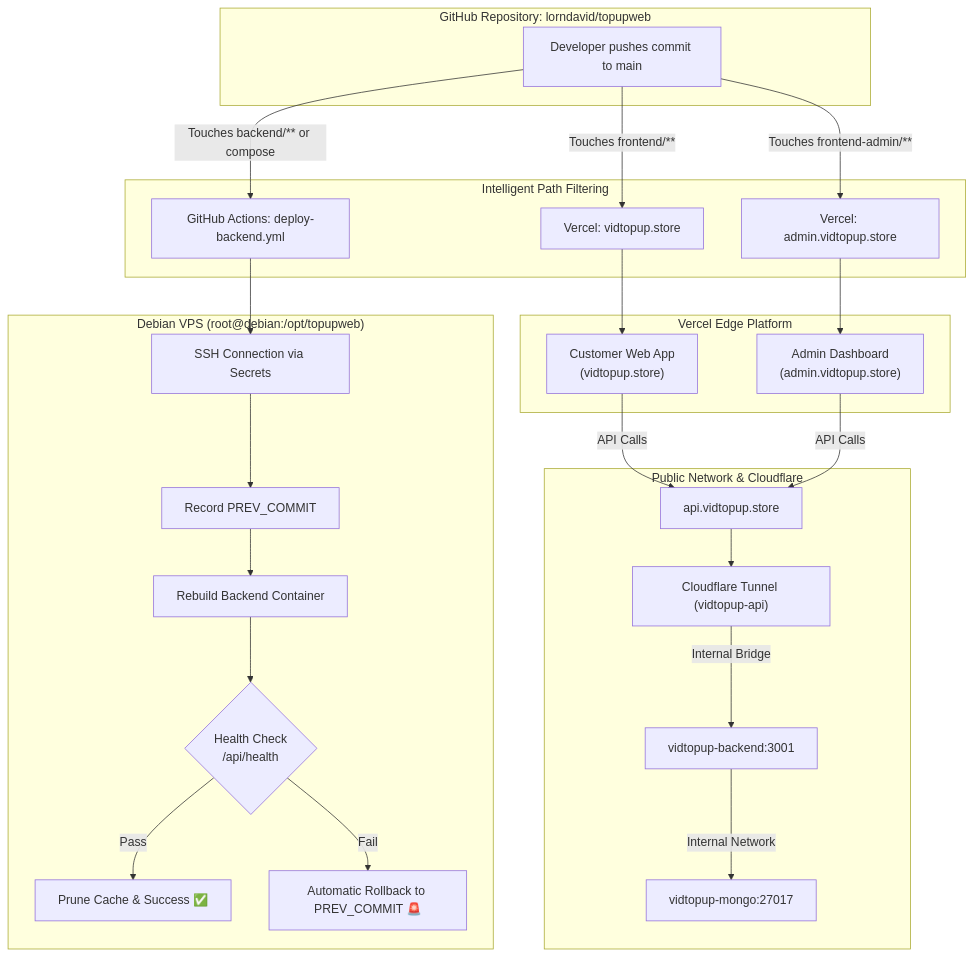
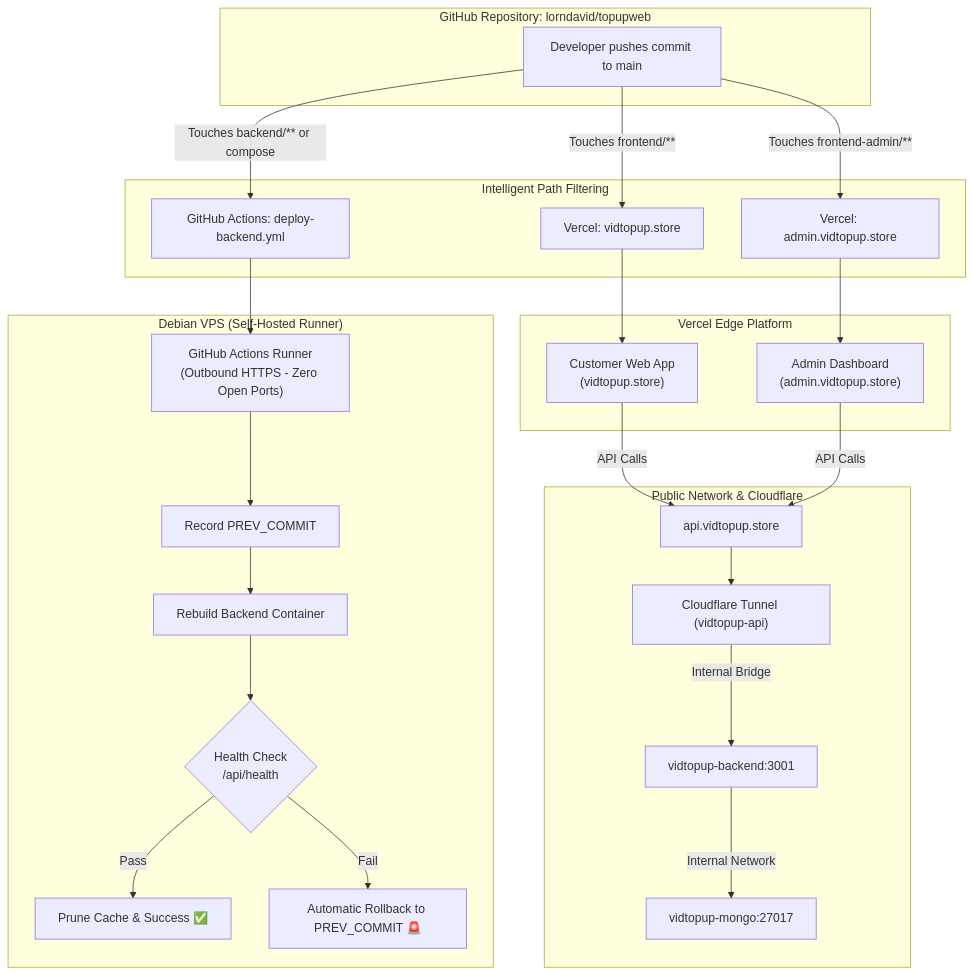
The diagram in DEPLOYMENT.md (lorndavid/topupweb), drawn with Mermaid before and after one commit.

Commit message:
docs: update deployment architecture diagram to self-hosted runner

````diff
--- a/DEPLOYMENT.md
+++ b/DEPLOYMENT.md
@@ -9,34 +9,34 @@
 ```mermaid
 flowchart TD
     subgraph Git ["GitHub Repository: lorndavid/topupweb"]
         P[Developer pushes commit to main]
     end
 
     subgraph Router ["Intelligent Path Filtering"]
         P -->|Touches frontend/**| V_FE[Vercel: vidtopup.store]
         P -->|Touches frontend-admin/**| V_ADM[Vercel: admin.vidtopup.store]
         P -->|Touches backend/** or compose| GHA[GitHub Actions: deploy-backend.yml]
     end
 
     subgraph Vercel ["Vercel Edge Platform"]
         V_FE --> D_FE["Customer Web App\n(vidtopup.store)"]
         V_ADM --> D_ADM["Admin Dashboard\n(admin.vidtopup.store)"]
     end
 
-    subgraph Debian ["Debian VPS (root@debian:/opt/topupweb)"]
-        GHA --> SSH[SSH Connection via Secrets]
-        SSH --> PREV[Record PREV_COMMIT]
+    subgraph Debian ["Debian VPS (Self-Hosted Runner)"]
+        GHA --> RUNNER["GitHub Actions Runner\n(Outbound HTTPS - Zero Open Ports)"]
+        RUNNER --> PREV[Record PREV_COMMIT]
         PREV --> BUILD[Rebuild Backend Container]
         BUILD --> HEALTH{Health Check\n/api/health}
         HEALTH -->|Pass| DONE[Prune Cache & Success ✅]
         HEALTH -->|Fail| ROLLBACK[Automatic Rollback to PREV_COMMIT 🚨]
     end
 
     subgraph Network ["Public Network & Cloudflare"]
         D_FE -->|API Calls| API_ENTRY["api.vidtopup.store"]
         D_ADM -->|API Calls| API_ENTRY
         API_ENTRY --> CFT["Cloudflare Tunnel (vidtopup-api)"]
         CFT -->|Internal Bridge| BE_CONT["vidtopup-backend:3001"]
         BE_CONT -->|Internal Network| MONGO["vidtopup-mongo:27017"]
     end
 ```
````
